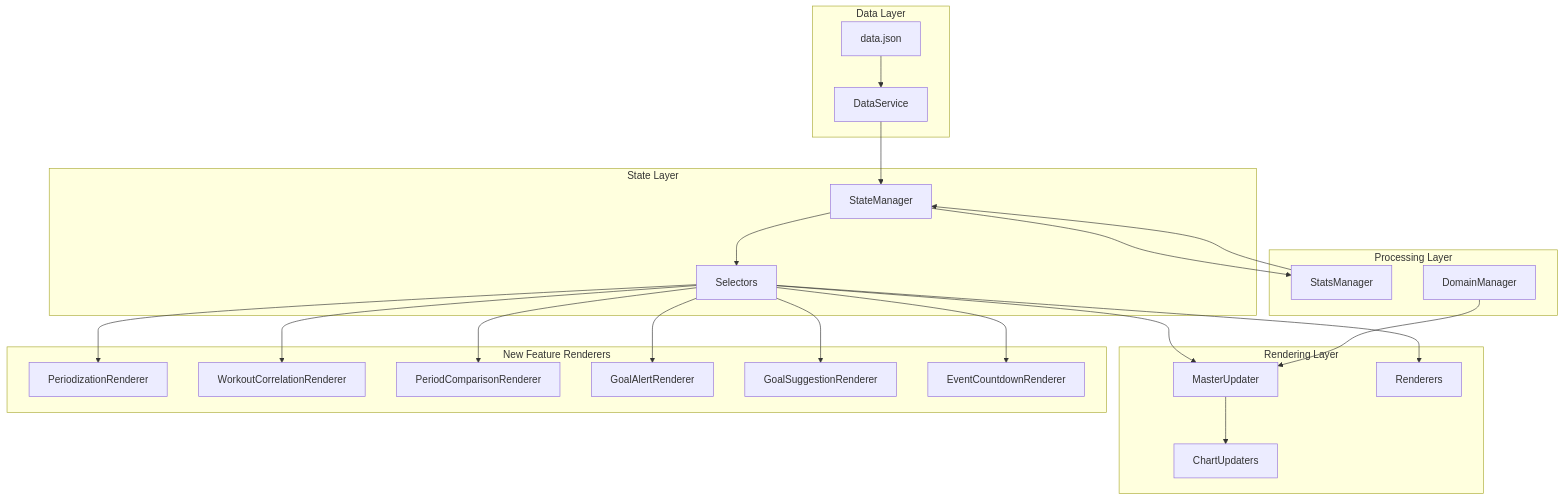
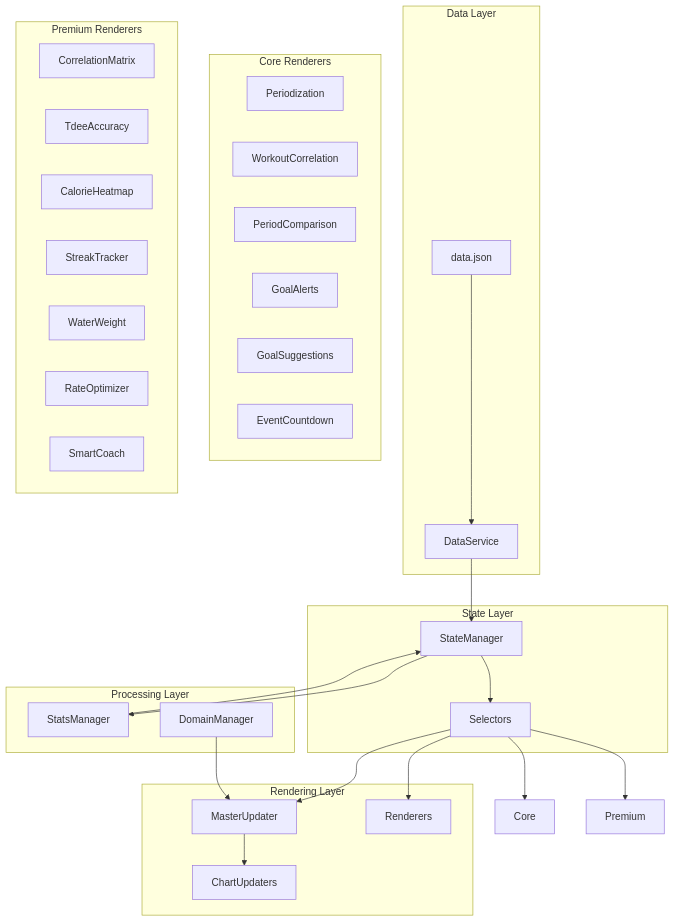
Before and after one commit to tomaszkaliciak/weight-insider: diagram 22 of 22 in frontend/docs/program_flow.md, drawn with Mermaid. The commit also changed other lines of this file and 3 other files, not shown here.

````diff
--- a/frontend/docs/program_flow.md
+++ b/frontend/docs/program_flow.md
@@ -595,49 +633,55 @@
 ```mermaid
 graph TB
     subgraph "Data Layer"
         DJ[data.json]
         DS[DataService]
         DJ --> DS
     end
 
     subgraph "State Layer"
         SM[StateManager]
         SEL[Selectors]
     end
 
     subgraph "Processing Layer"
         STATS[StatsManager]
         DOM[DomainManager]
     end
 
     subgraph "Rendering Layer"
         MU[MasterUpdater]
         CHART[ChartUpdaters]
         REND[Renderers]
     end
 
     DS --> SM
     SM --> STATS
     STATS --> SM
     SM --> SEL
     SEL --> MU
     SEL --> REND
     MU --> CHART
     DOM --> MU
 
-    subgraph "New Feature Renderers"
-        PR[PeriodizationRenderer]
-        WCR[WorkoutCorrelationRenderer]
-        PCR[PeriodComparisonRenderer]
-        GAR[GoalAlertRenderer]
-        GSR[GoalSuggestionRenderer]
-        ECR[EventCountdownRenderer]
+    subgraph "Core Renderers"
+        PR[Periodization]
+        WCR[WorkoutCorrelation]
+        PCR[PeriodComparison]
+        GAR[GoalAlerts]
+        GSR[GoalSuggestions]
+        ECR[EventCountdown]
     end
 
-    SEL --> PR
-    SEL --> WCR
-    SEL --> PCR
-    SEL --> GAR
-    SEL --> GSR
-    SEL --> ECR
+    subgraph "Premium Renderers"
+        CMR[CorrelationMatrix]
+        TAR[TdeeAccuracy]
+        CHR[CalorieHeatmap]
+        STR[StreakTracker]
+        WWR[WaterWeight]
+        RDO[RateOptimizer]
+        SC[SmartCoach]
+    end
+
+    SEL --> Core
+    SEL --> Premium
 ```
````
